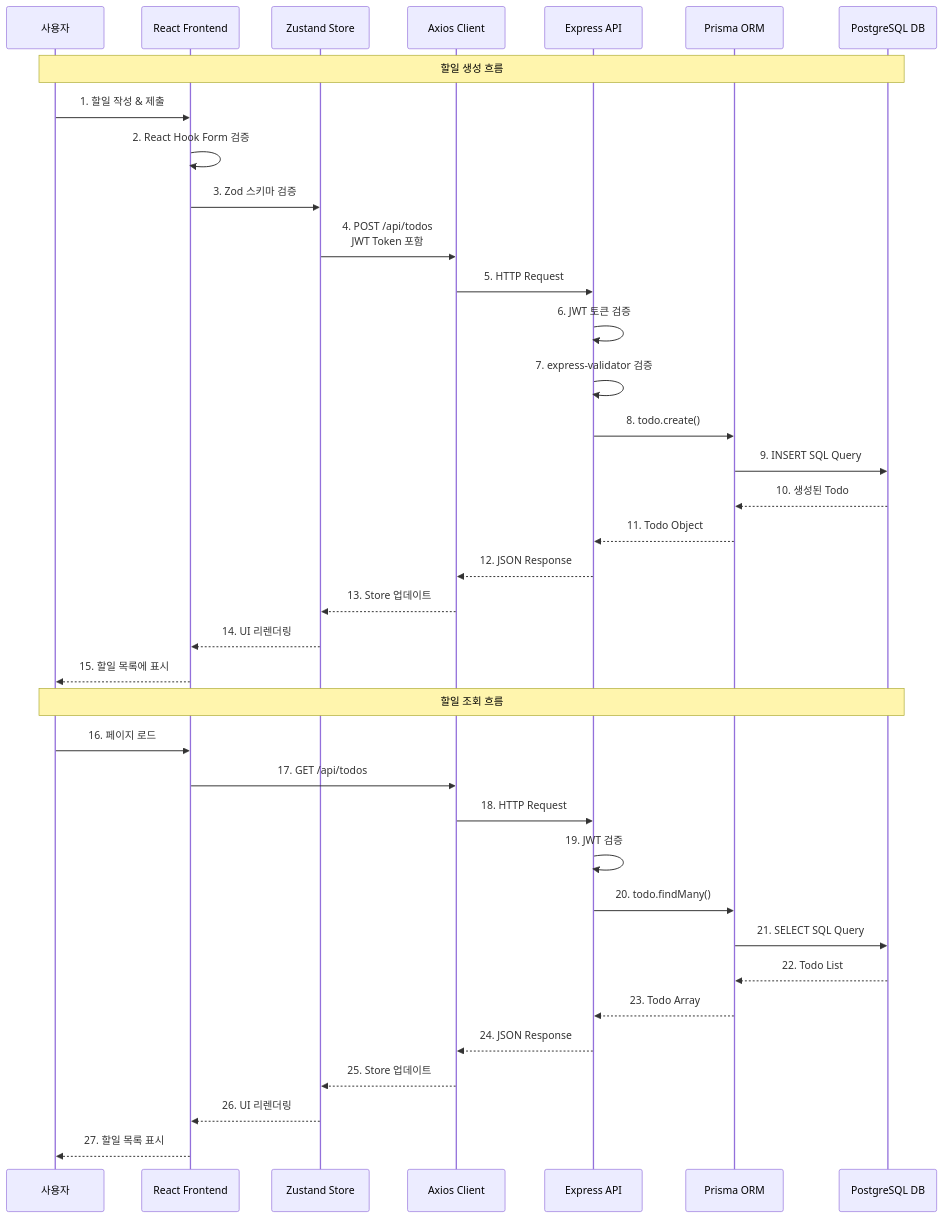
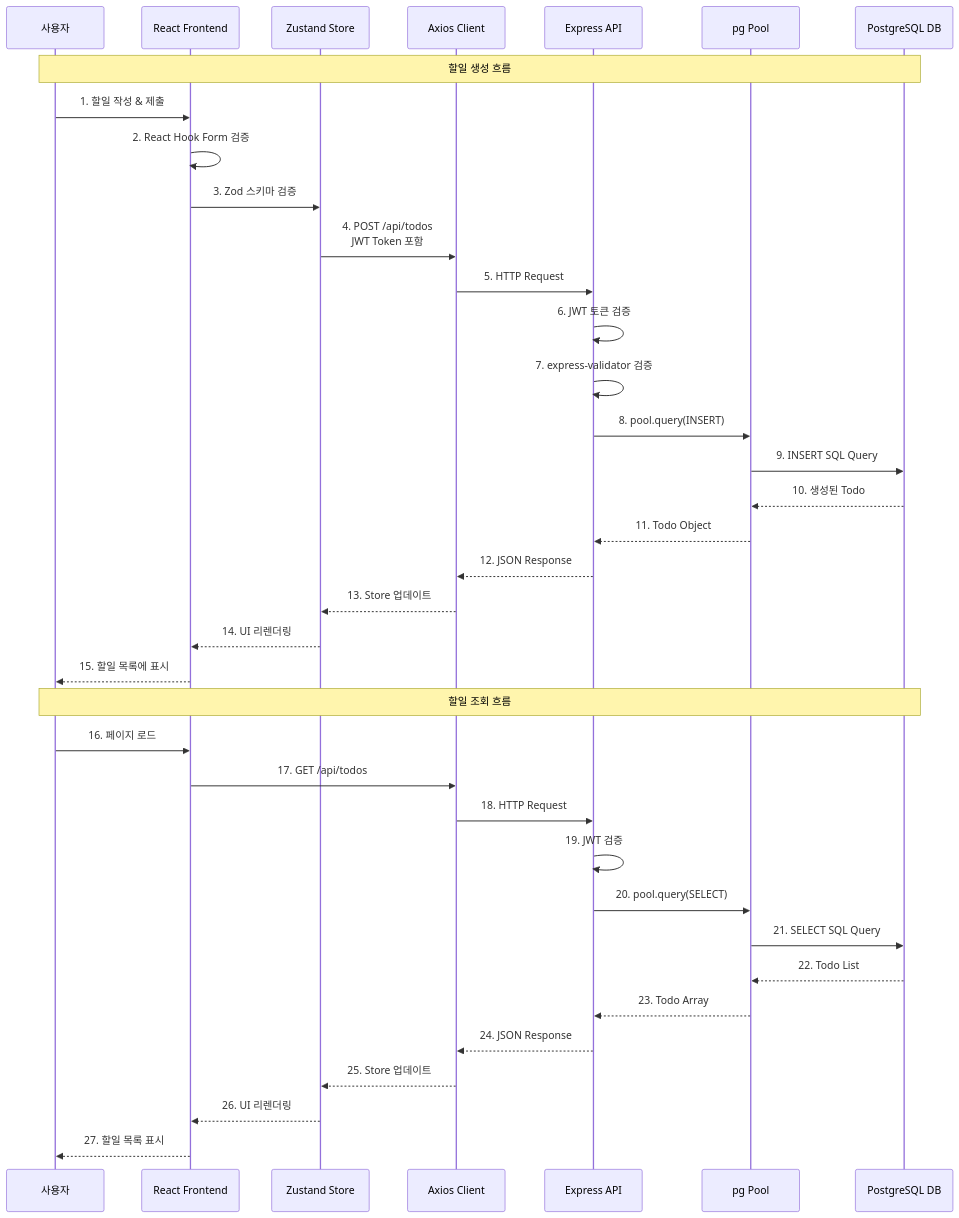
Before and after one commit to como1205/csh-todolist: the fourth of 10 diagrams in docs/5-arch-diagram.md, drawn with Mermaid. The commit also changed other lines of this file and 42 other files, not shown here.

````diff
--- a/docs/5-arch-diagram.md
+++ b/docs/5-arch-diagram.md
@@ -246,43 +246,43 @@
 ```mermaid
 sequenceDiagram
     participant U as 사용자
     participant F as React Frontend
     participant Z as Zustand Store
     participant A as Axios Client
     participant E as Express API
-    participant P as Prisma ORM
+    participant P as pg Pool
     participant D as PostgreSQL DB
 
     Note over U,D: 할일 생성 흐름
 
     U->>F: 1. 할일 작성 & 제출
     F->>F: 2. React Hook Form 검증
     F->>Z: 3. Zod 스키마 검증
     Z->>A: 4. POST /api/todos<br/>JWT Token 포함
     A->>E: 5. HTTP Request
     E->>E: 6. JWT 토큰 검증
     E->>E: 7. express-validator 검증
-    E->>P: 8. todo.create()
+    E->>P: 8. pool.query(INSERT)
     P->>D: 9. INSERT SQL Query
     D-->>P: 10. 생성된 Todo
     P-->>E: 11. Todo Object
     E-->>A: 12. JSON Response
     A-->>Z: 13. Store 업데이트
     Z-->>F: 14. UI 리렌더링
     F-->>U: 15. 할일 목록에 표시
 
     Note over U,D: 할일 조회 흐름
 
     U->>F: 16. 페이지 로드
     F->>A: 17. GET /api/todos
     A->>E: 18. HTTP Request
     E->>E: 19. JWT 검증
-    E->>P: 20. todo.findMany()
+    E->>P: 20. pool.query(SELECT)
     P->>D: 21. SELECT SQL Query
     D-->>P: 22. Todo List
     P-->>E: 23. Todo Array
     E-->>A: 24. JSON Response
     A-->>Z: 25. Store 업데이트
     Z-->>F: 26. UI 리렌더링
     F-->>U: 27. 할일 목록 표시
 ```
````
